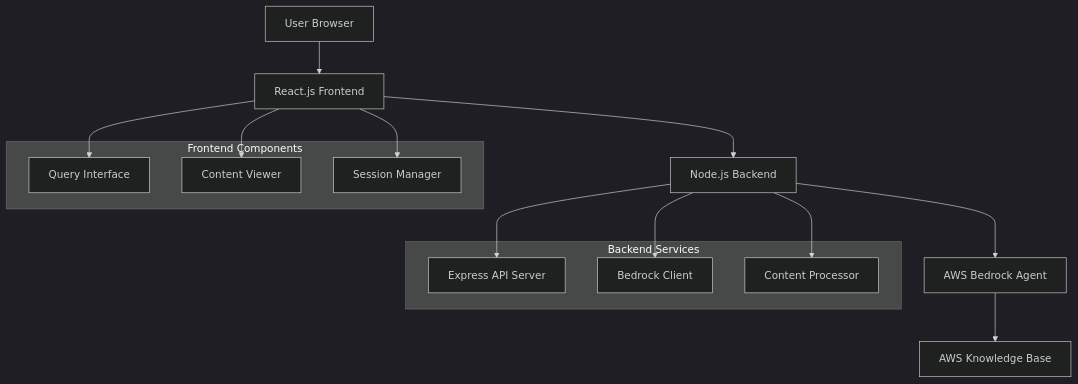
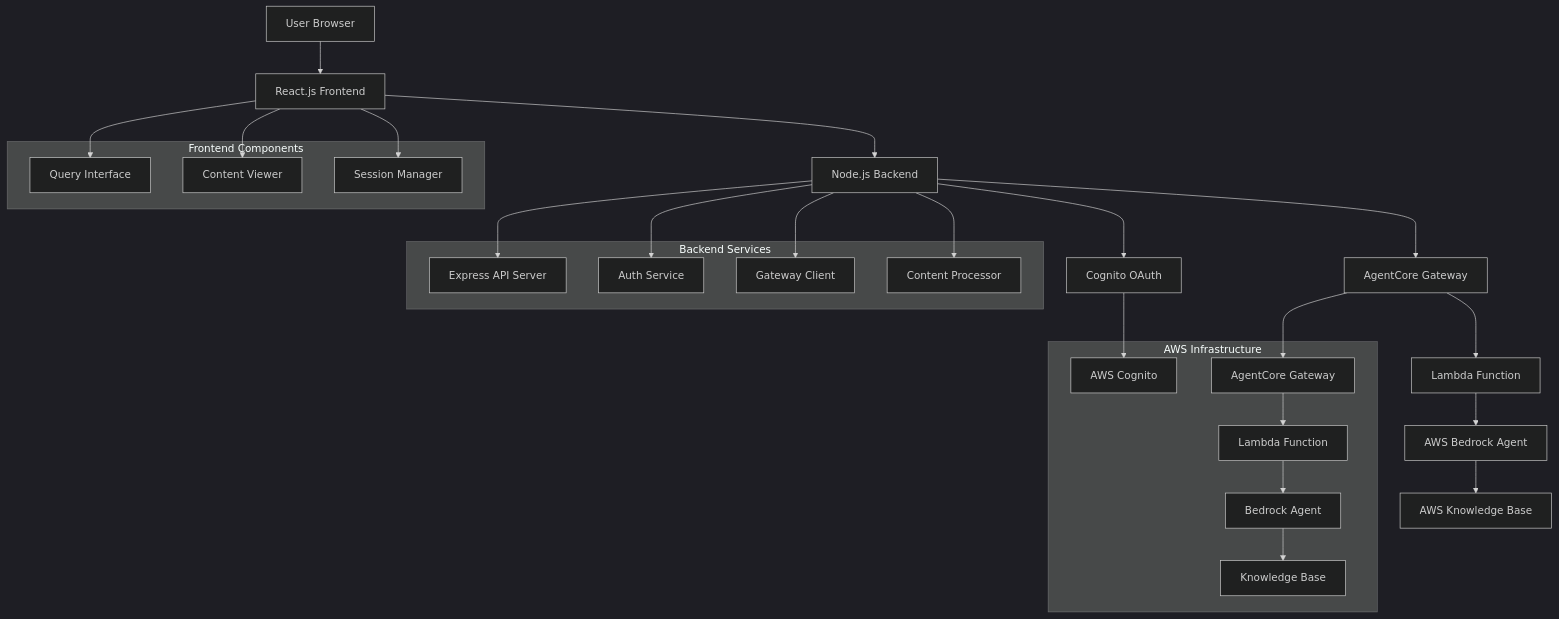
Before and after one commit to mataguchi77/bedrock-multimodal-app: the first of 2 diagrams in .kiro/specs/multimodal-content-viewer/design.md, drawn with Mermaid (dark theme). The commit also changed other lines of this file and 19 other files, not shown here.

````diff
--- a/.kiro/specs/multimodal-content-viewer/design.md
+++ b/.kiro/specs/multimodal-content-viewer/design.md
@@ -11,27 +11,46 @@
 ```mermaid
 graph TB
     User[User Browser] --> Frontend[React.js Frontend]
     Frontend --> Backend[Node.js Backend]
-    Backend --> Bedrock[AWS Bedrock Agent]
+    Backend --> Auth[Cognito OAuth]
+    Backend --> Gateway[AgentCore Gateway]
+    Gateway --> Lambda[Lambda Function]
+    Lambda --> Bedrock[AWS Bedrock Agent]
     Bedrock --> KB[AWS Knowledge Base]
     
     subgraph "Frontend Components"
         QueryInterface[Query Interface]
         ContentViewer[Content Viewer]
         SessionManager[Session Manager]
     end
     
     subgraph "Backend Services"
         APIServer[Express API Server]
-        BedrockClient[Bedrock Client]
+        AuthService[Auth Service]
+        BedrockClient[Gateway Client]
         ContentProcessor[Content Processor]
+    end
+    
+    subgraph "AWS Infrastructure"
+        Cognito[AWS Cognito]
+        AgentCoreGW[AgentCore Gateway]
+        LambdaFunc[Lambda Function]
+        BedrockAgent[Bedrock Agent]
+        KnowledgeBase[Knowledge Base]
     end
     
     Frontend --> QueryInterface
     Frontend --> ContentViewer
     Frontend --> SessionManager
     
     Backend --> APIServer
+    Backend --> AuthService
     Backend --> BedrockClient
     Backend --> ContentProcessor
+    
+    Auth --> Cognito
+    Gateway --> AgentCoreGW
+    AgentCoreGW --> LambdaFunc
+    LambdaFunc --> BedrockAgent
+    BedrockAgent --> KnowledgeBase
 ```
````
